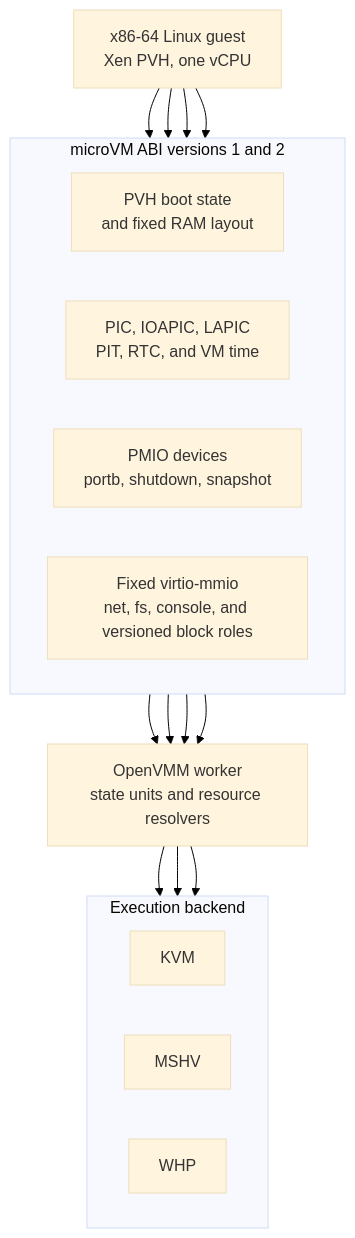
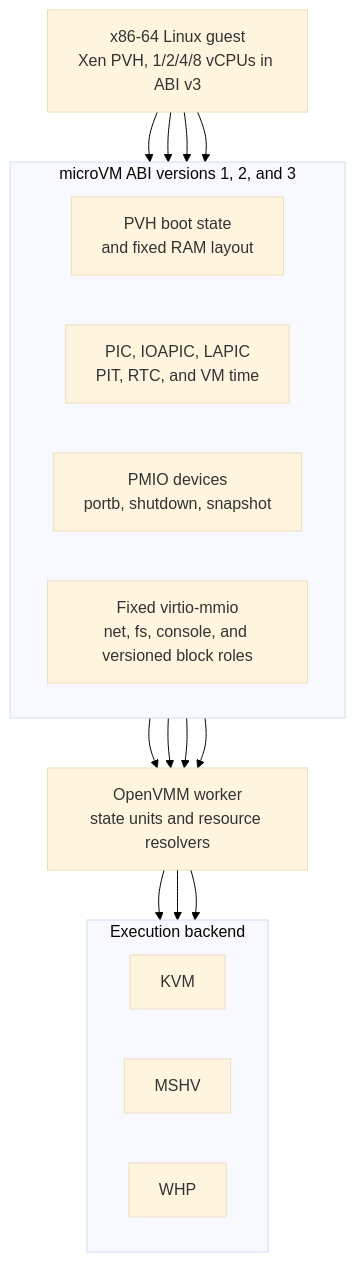
The third of 7 diagrams in doc/design.md (microsoft/nvx), drawn with Mermaid before and after one commit. The commit also changed other lines of this file and 13 other files, not shown here.

````diff
--- a/doc/design.md
+++ b/doc/design.md
@@ -224,34 +232,34 @@
 ```mermaid
 %%{init: {"theme": "base", "themeVariables": {"background": "#ffffff"}}}%%
 flowchart TB
-   Guest["x86-64 Linux guest<br/>Xen PVH, one vCPU"]
+   Guest["x86-64 Linux guest<br/>Xen PVH, 1/2/4/8 vCPUs in ABI v3"]
 
-   subgraph Abi["microVM ABI versions 1 and 2"]
+   subgraph Abi["microVM ABI versions 1, 2, and 3"]
       direction LR
       Boot["PVH boot state<br/>and fixed RAM layout"]
       Interrupts["PIC, IOAPIC, LAPIC<br/>PIT, RTC, and VM time"]
       Pmio["PMIO devices<br/>portb, shutdown, snapshot"]
       Virtio["Fixed virtio-mmio<br/>net, fs, console, and versioned block roles"]
    end
 
    Common["OpenVMM worker<br/>state units and resource resolvers"]
 
    subgraph Backends["Execution backend"]
       direction LR
       KvmBackend["KVM"]
       MshvBackend["MSHV"]
       WhpBackend["WHP"]
    end
 
    Guest --> Boot
    Guest --> Interrupts
    Guest --> Pmio
    Guest --> Virtio
    Boot --> Common
    Interrupts --> Common
    Pmio --> Common
    Virtio --> Common
    Common --> KvmBackend
    Common --> MshvBackend
    Common --> WhpBackend
 ```
````
